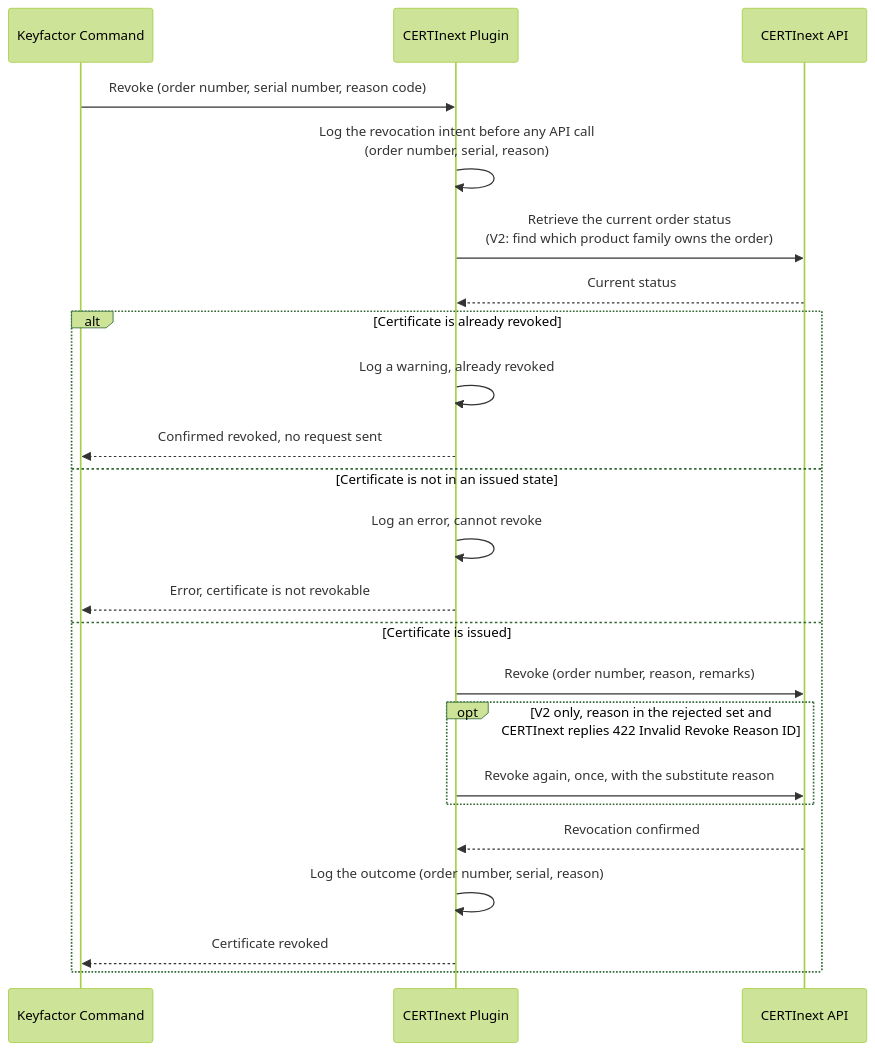
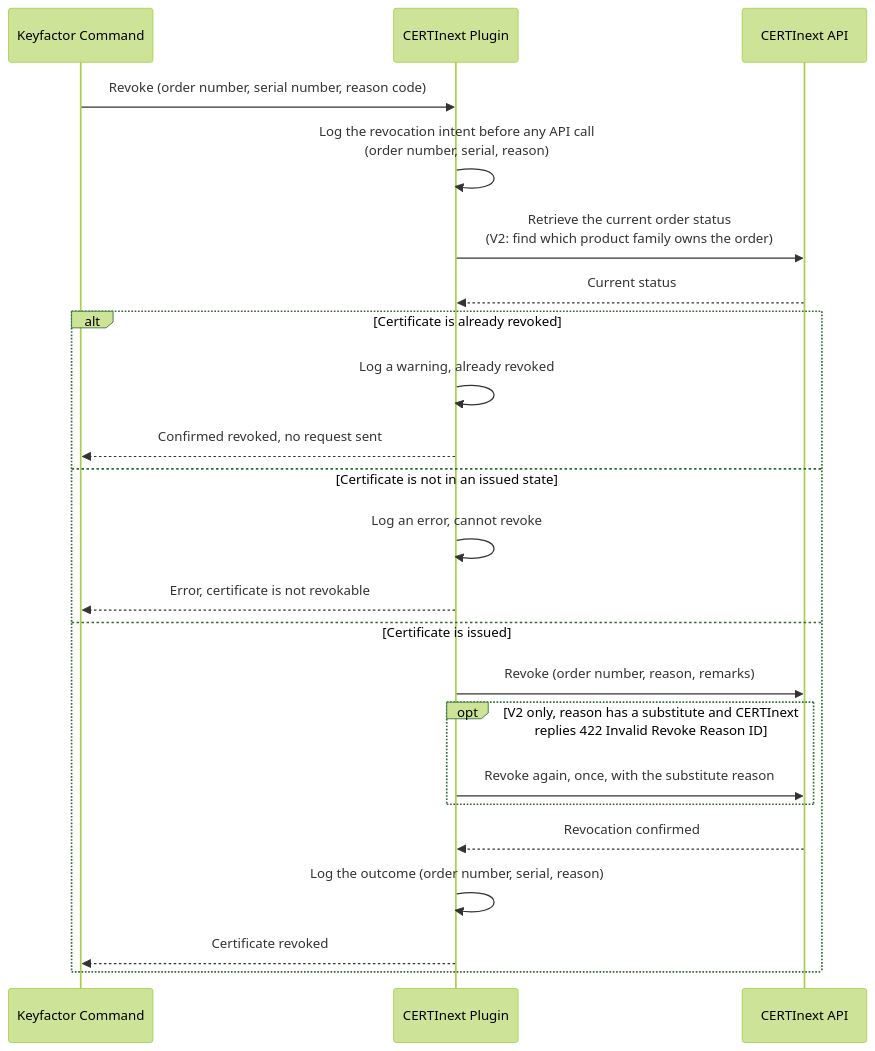
Before and after one commit to Keyfactor/certinext-caplugin: the ninth of 10 diagrams in README.md, drawn with Mermaid (forest theme). The commit also changed other lines of this file and 5 other files, not shown here.

First line of the commit message:
fix(revoke): retry rejected privilege-withdrawn as cessation-of-operation; match CERTInext's newer reason-rejection wording (0094 item 2)

````diff
--- a/README.md
+++ b/README.md
@@ -1394,28 +1394,28 @@
 ```mermaid
 sequenceDiagram
     participant CMD as Keyfactor Command
     participant Plugin as CERTInext Plugin
     participant API as CERTInext API
 
     CMD->>Plugin: Revoke (order number, serial number, reason code)
     Plugin->>Plugin: Log the revocation intent before any API call<br/>(order number, serial, reason)
 
     Plugin->>API: Retrieve the current order status<br/>(V2: find which product family owns the order)
     API-->>Plugin: Current status
 
     alt Certificate is already revoked
         Plugin->>Plugin: Log a warning, already revoked
         Plugin-->>CMD: Confirmed revoked, no request sent
     else Certificate is not in an issued state
         Plugin->>Plugin: Log an error, cannot revoke
         Plugin-->>CMD: Error, certificate is not revokable
     else Certificate is issued
         Plugin->>API: Revoke (order number, reason, remarks)
-        opt V2 only, reason in the rejected set and CERTInext replies 422 Invalid Revoke Reason ID
+        opt V2 only, reason has a substitute and CERTInext replies 422 Invalid Revoke Reason ID
             Plugin->>API: Revoke again, once, with the substitute reason
         end
         API-->>Plugin: Revocation confirmed
         Plugin->>Plugin: Log the outcome (order number, serial, reason)
         Plugin-->>CMD: Certificate revoked
     end
 ```
````
